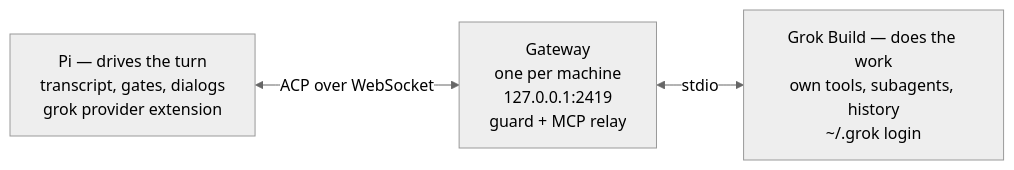
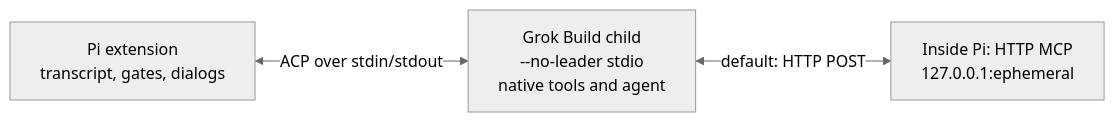
Before and after one commit to JangMan-J/pi-grok-agent: the diagram in docs/architecture-diagram.md, drawn with Mermaid (neutral theme). The commit also changed other lines of this file and 40 other files, not shown here.

First line of the commit message:
WIP: replace the gateway with one stdio child.

````diff
--- a/docs/architecture-diagram.md
+++ b/docs/architecture-diagram.md
@@ -9,9 +5,8 @@
 ```mermaid
 flowchart LR
-    PI["Pi — drives the turn<br/>transcript, gates, dialogs<br/>grok provider extension"]
-    GW["Gateway<br/>one per machine<br/>127.0.0.1:2419<br/>guard + MCP relay"]
-    GK["Grok Build — does the work<br/>own tools, subagents, history<br/>~/.grok login"]
-
-    PI <-->|"ACP over WebSocket"| GW
-    GW <-->|"stdio"| GK
+    PI["Pi extension<br/>transcript, gates, dialogs"]
+    GK["Grok Build child<br/>--no-leader stdio<br/>native tools and agent"]
+    MCP["Inside Pi: HTTP MCP<br/>127.0.0.1:ephemeral"]
+    PI <-->|"ACP over stdin/stdout"| GK
+    GK <-->|"default: HTTP POST"| MCP
 ```
````
